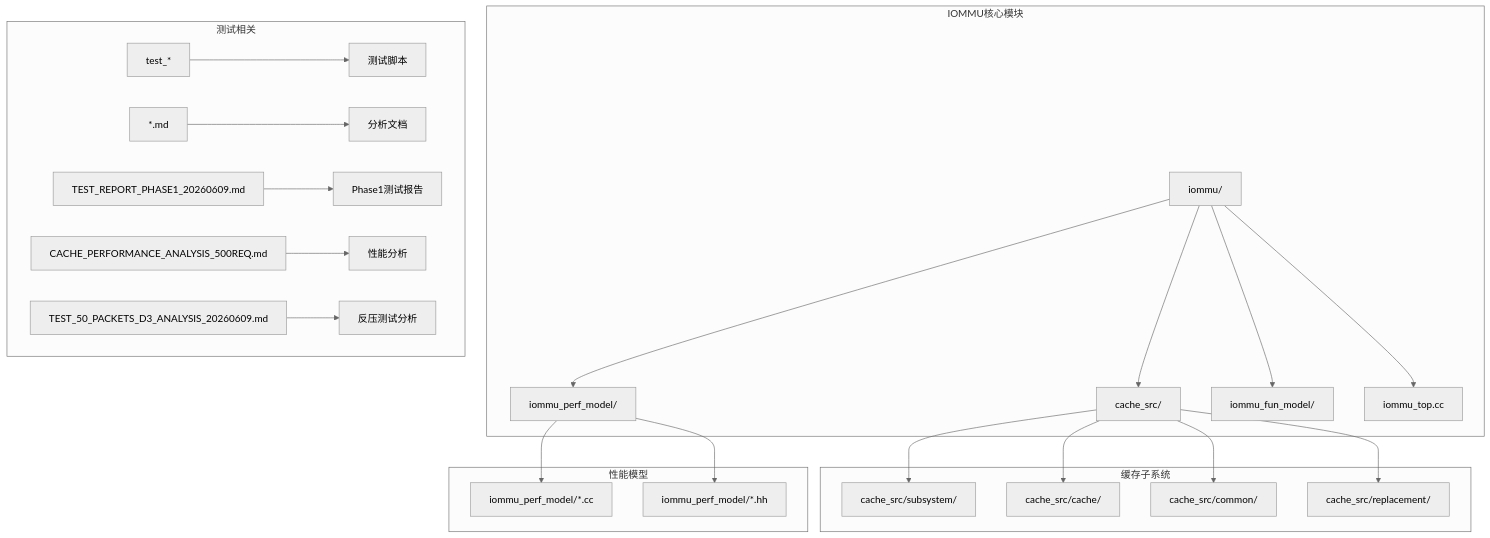
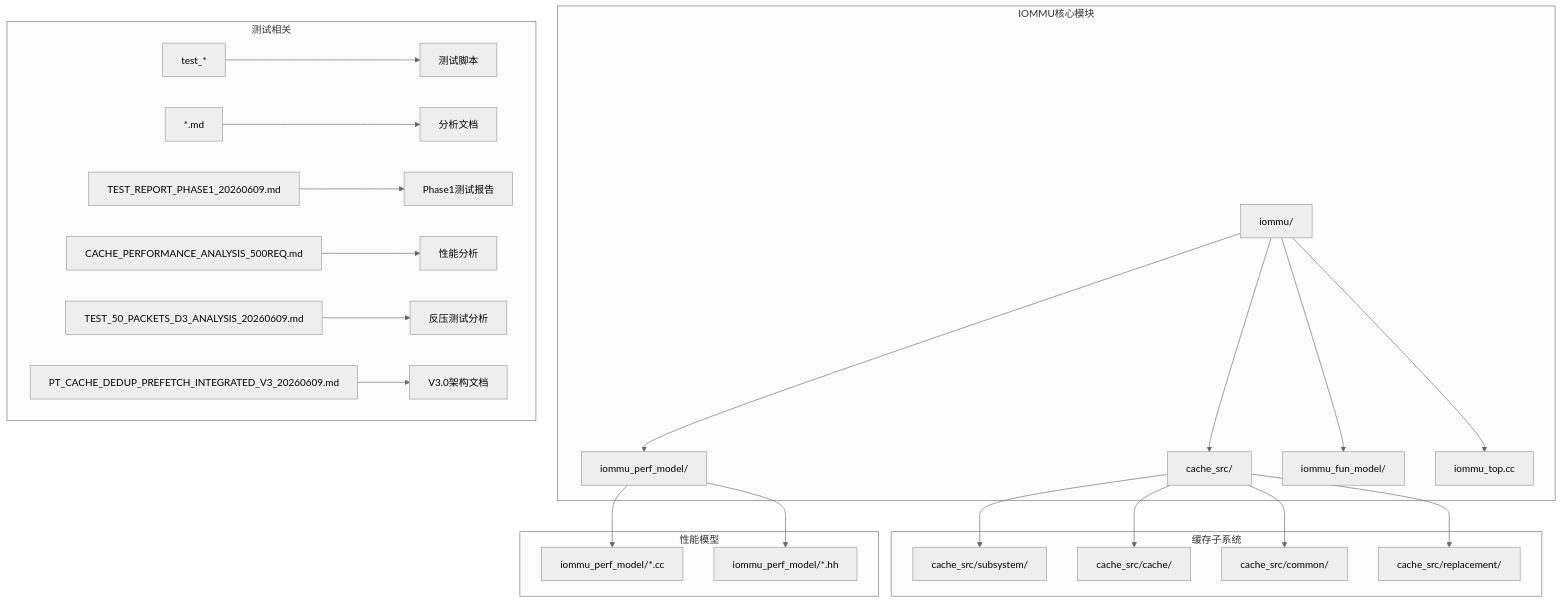
The first of 5 diagrams in .qoder/repowiki/zh/content/测试框架/PT Cache预取测试报告.md (jiangjiang1122/iommu_model_20260401_v1), drawn with Mermaid (neutral theme) before and after one commit. The commit also changed other lines of this file and 6 other files, not shown here.

````diff
--- a/.qoder/repowiki/zh/content/测试框架/PT Cache预取测试报告.md
+++ b/.qoder/repowiki/zh/content/测试框架/PT Cache预取测试报告.md
@@ -46,26 +54,27 @@
 ```mermaid
 graph TB
 subgraph "IOMMU核心模块"
 A[iommu/] --> B[cache_src/]
 A --> C[iommu_perf_model/]
 A --> D[iommu_fun_model/]
 A --> E[iommu_top.cc]
 end
 subgraph "缓存子系统"
 B --> F[cache_src/subsystem/]
 B --> G[cache_src/cache/]
 B --> H[cache_src/common/]
 B --> I[cache_src/replacement/]
 end
 subgraph "性能模型"
 C --> J[iommu_perf_model/*.cc]
 C --> K[iommu_perf_model/*.hh]
 end
 subgraph "测试相关"
 L[test_*] --> M[测试脚本]
 N[*.md] --> O[分析文档]
 P[TEST_REPORT_PHASE1_20260609.md] --> Q[Phase1测试报告]
 R[CACHE_PERFORMANCE_ANALYSIS_500REQ.md] --> S[性能分析]
 T[TEST_50_PACKETS_D3_ANALYSIS_20260609.md] --> U[反压测试分析]
+V[PT_CACHE_DEDUP_PREFETCH_INTEGRATED_V3_20260609.md] --> W[V3.0架构文档]
 end
 ```
````
